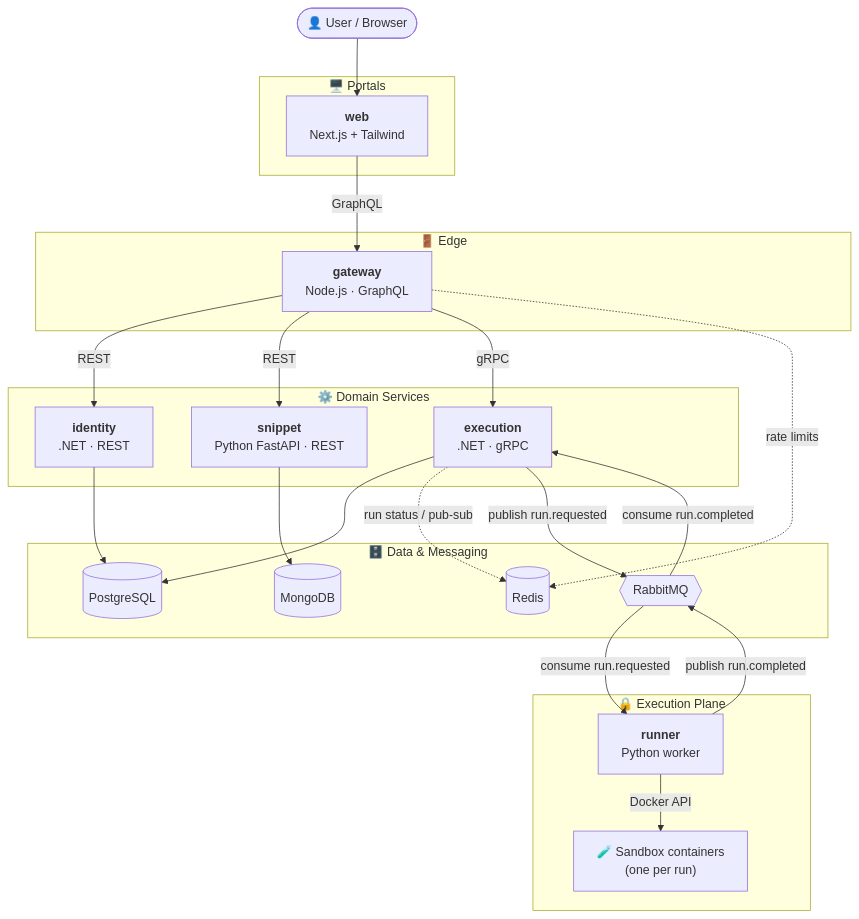
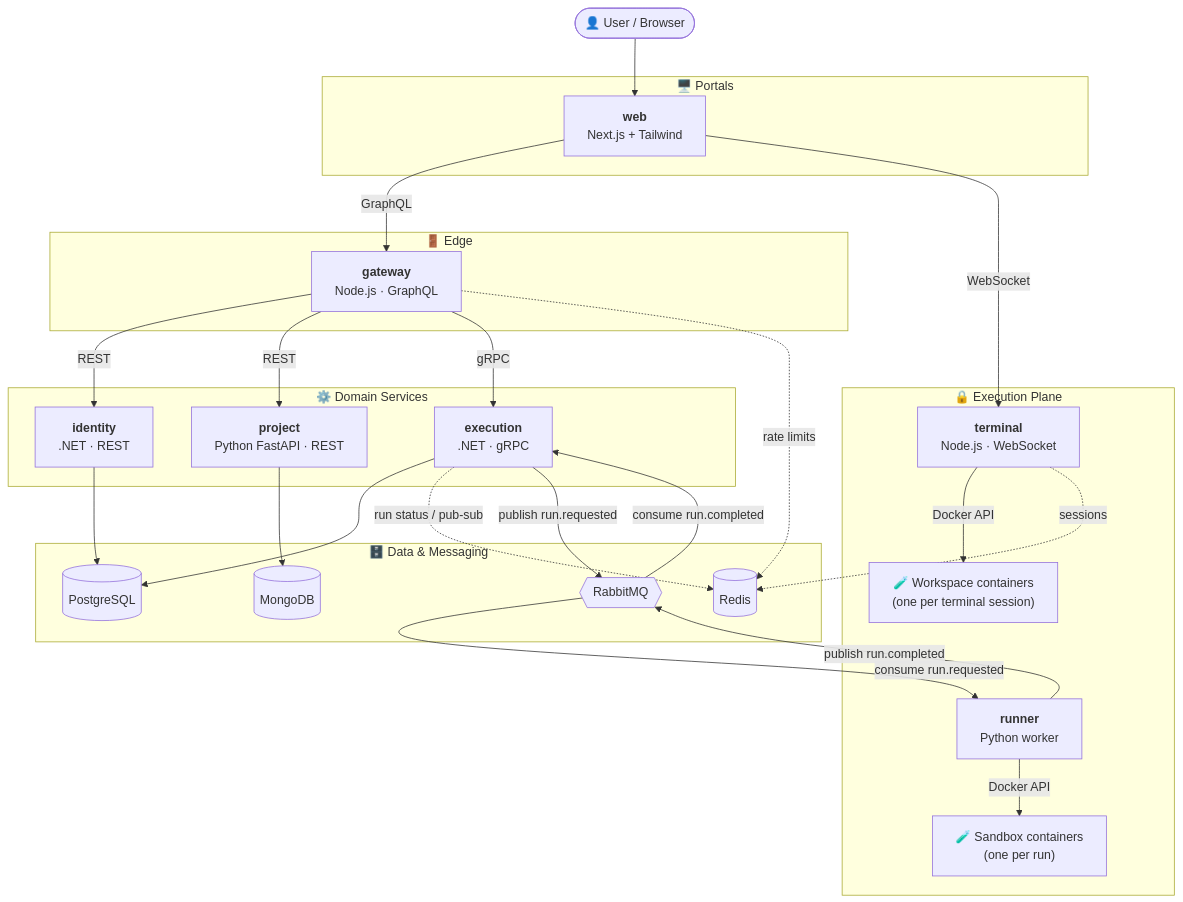
One commit to vedatcinbatexe/bytebox changed the first of 5 diagrams in ARCHITECTURE.md. Above: the diagram before and after it, drawn with Mermaid. The commit also changed other lines of this file, not shown here.

First line of the commit message:
Plan multi-file projects and terminal sessions

````diff
--- a/ARCHITECTURE.md
+++ b/ARCHITECTURE.md
@@ -50,49 +53,54 @@
 ```mermaid
 flowchart TB
     user([👤 User / Browser])
 
     subgraph Portals["🖥️ Portals"]
         web["<b>web</b><br/>Next.js + Tailwind"]
     end
 
     subgraph Edge["🚪 Edge"]
         gateway["<b>gateway</b><br/>Node.js · GraphQL"]
     end
 
     subgraph Services["⚙️ Domain Services"]
         identity["<b>identity</b><br/>.NET · REST"]
-        snippet["<b>snippet</b><br/>Python FastAPI · REST"]
+        project["<b>project</b><br/>Python FastAPI · REST"]
         execution["<b>execution</b><br/>.NET · gRPC"]
     end
 
     subgraph Workers["🔒 Execution Plane"]
         runner["<b>runner</b><br/>Python worker"]
         sandbox["🧪 Sandbox containers<br/>(one per run)"]
+        terminal["<b>terminal</b><br/>Node.js · WebSocket"]
+        workspace["🧪 Workspace containers<br/>(one per terminal session)"]
     end
 
     subgraph Data["🗄️ Data & Messaging"]
         pg[("PostgreSQL")]
         mongo[("MongoDB")]
         redis[("Redis")]
         mq{{"RabbitMQ"}}
     end
 
     user --> web
     web -- "GraphQL" --> gateway
     gateway -- "REST" --> identity
-    gateway -- "REST" --> snippet
+    gateway -- "REST" --> project
     gateway -- "gRPC" --> execution
     gateway -. "rate limits" .-> redis
 
     identity --> pg
-    snippet --> mongo
+    project --> mongo
     execution --> pg
     execution -. "run status / pub-sub" .-> redis
 
     execution -- "publish run.requested" --> mq
     mq -- "consume run.requested" --> runner
     runner -- "publish run.completed" --> mq
     mq -- "consume run.completed" --> execution
 
     runner -- "Docker API" --> sandbox
+    web -- "WebSocket" --> terminal
+    terminal -- "Docker API" --> workspace
+    terminal -. "sessions" .-> redis
 ```
````
